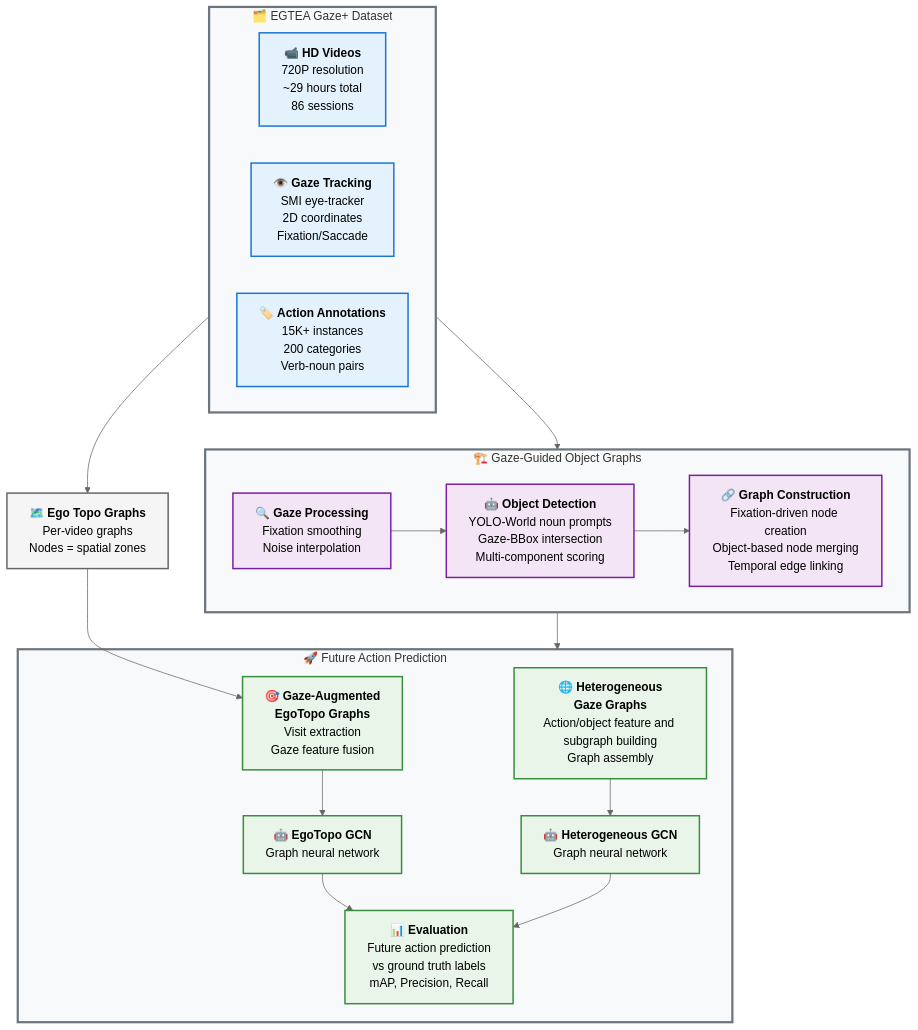
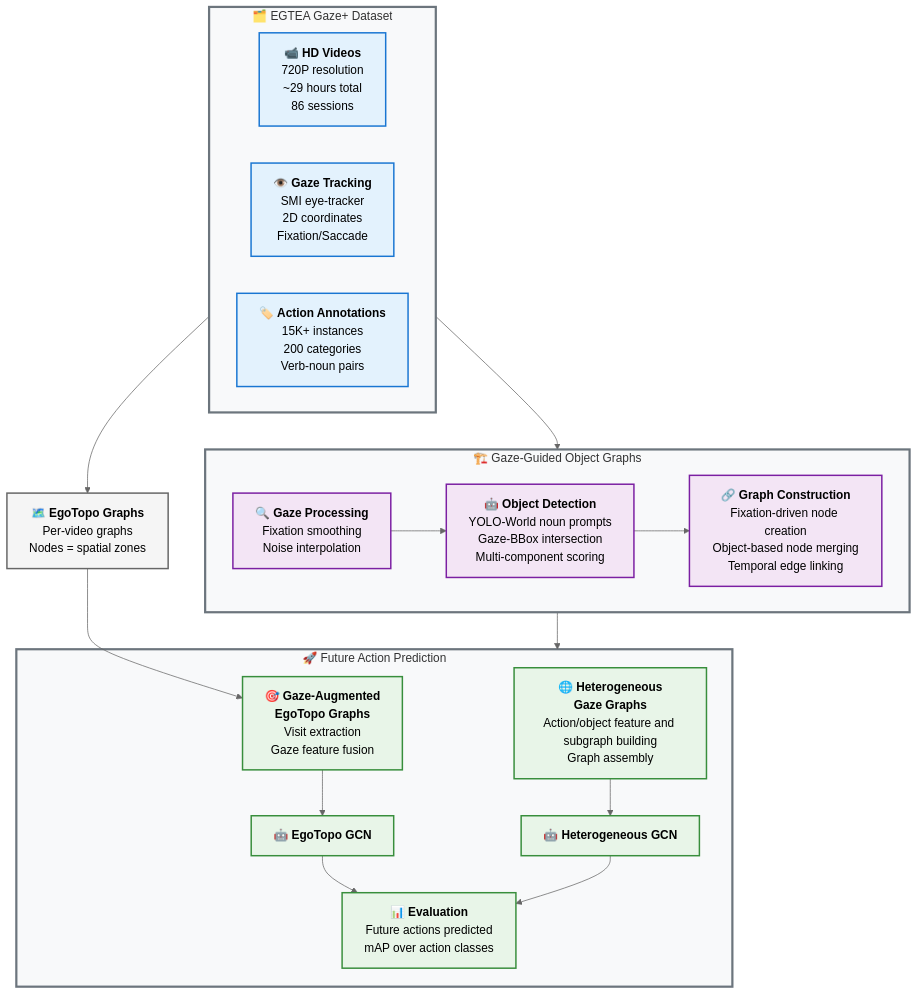
The diagram in figures/graph-construction-overview.md (tavis-siebert/gaze-guided-scene), drawn with Mermaid (neutral theme) before and after one commit. The commit also changed other lines of this file, not shown here.

Commit message:
feat(figures): shrink descriptions

```diff
--- a/figures/graph-construction-overview.md
+++ b/figures/graph-construction-overview.md
@@ -44,7 +44,7 @@
     end
     
     %% External Graph Representation
-    J["`🗺️ **Ego Topo Graphs**
+    J["`🗺️ **EgoTopo Graphs**
     Per-video graphs
     Nodes = spatial zones`"]
     
@@ -60,16 +60,13 @@
         Action/object feature and subgraph building
         Graph assembly`"]
         
-        I1["`🤖 **EgoTopo GCN**
-        Graph neural network`"]
+        I1["`🤖 **EgoTopo GCN**`"]
         
-        I2["`🤖 **Heterogeneous GCN**
-        Graph neural network`"]
+        I2["`🤖 **Heterogeneous GCN**`"]
         
         K["`📊 **Evaluation**
-        Future action prediction
-        vs ground truth labels
-        mAP, Precision, Recall`"]
+        Future actions predicted
+        mAP over action classes`"]
         
         %% Internal connections
         G --> I1
```
